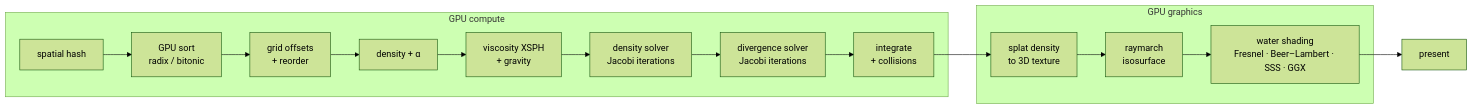
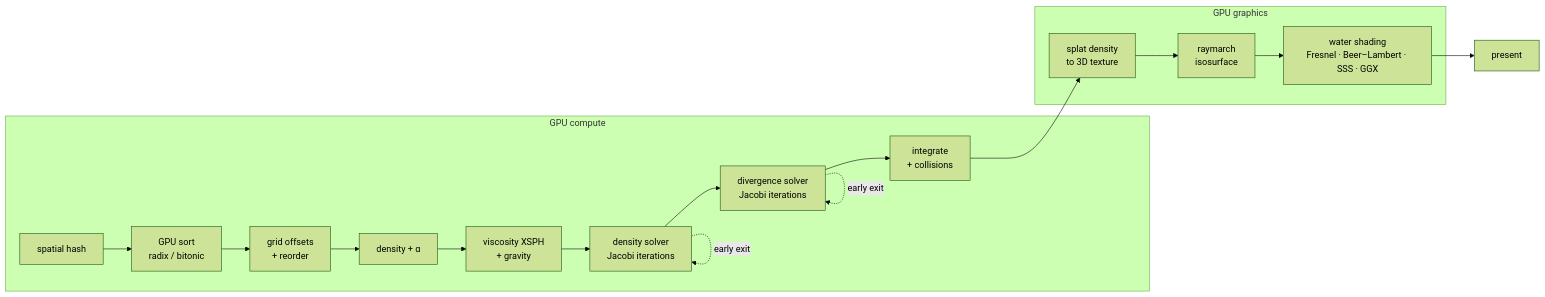
One commit to Nikita-Lysiuk/Fluid-Engine changed the diagram in README.md. Above: the diagram before and after it, drawn with Mermaid (forest theme). The commit also changed other lines of this file and 8 other files, not shown here.

````diff
--- a/README.md
+++ b/README.md
@@ -44,18 +47,20 @@
 ```mermaid
 flowchart LR
     subgraph Physics [GPU compute]
         A[spatial hash] --> B[GPU sort<br/>radix / bitonic]
         B --> C[grid offsets<br/>+ reorder]
         C --> D[density + α]
         D --> E[viscosity XSPH<br/>+ gravity]
         E --> F[density solver<br/>Jacobi iterations]
         F --> G[divergence solver<br/>Jacobi iterations]
         G --> H[integrate<br/>+ collisions]
+        F -. early exit .-> F
+        G -. early exit .-> G
     end
     subgraph Render [GPU graphics]
         I[splat density<br/>to 3D texture] --> J[raymarch<br/>isosurface]
         J --> K[water shading<br/>Fresnel · Beer–Lambert · SSS · GGX]
     end
     H --> I
     K --> L[present]
 ```
````
